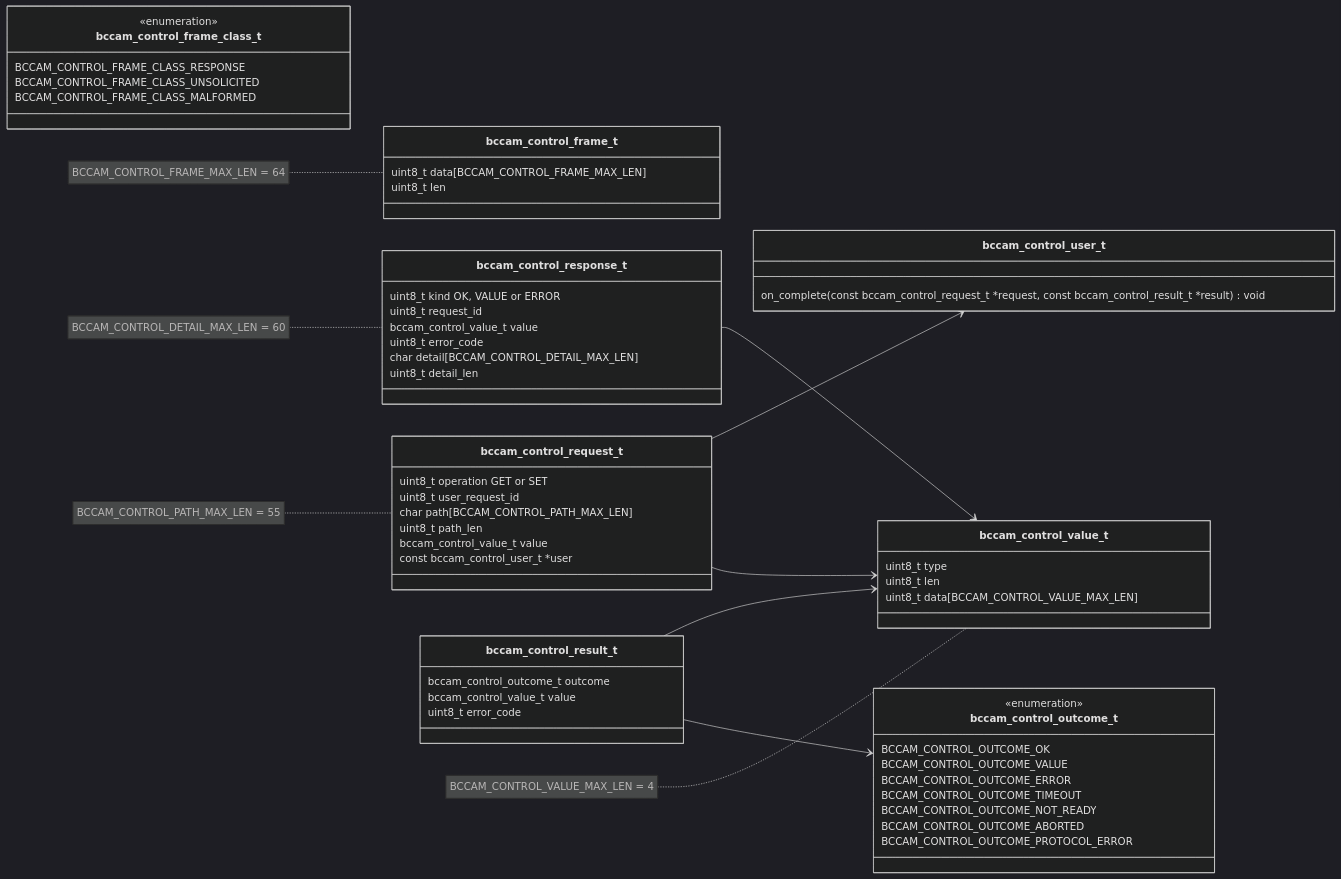
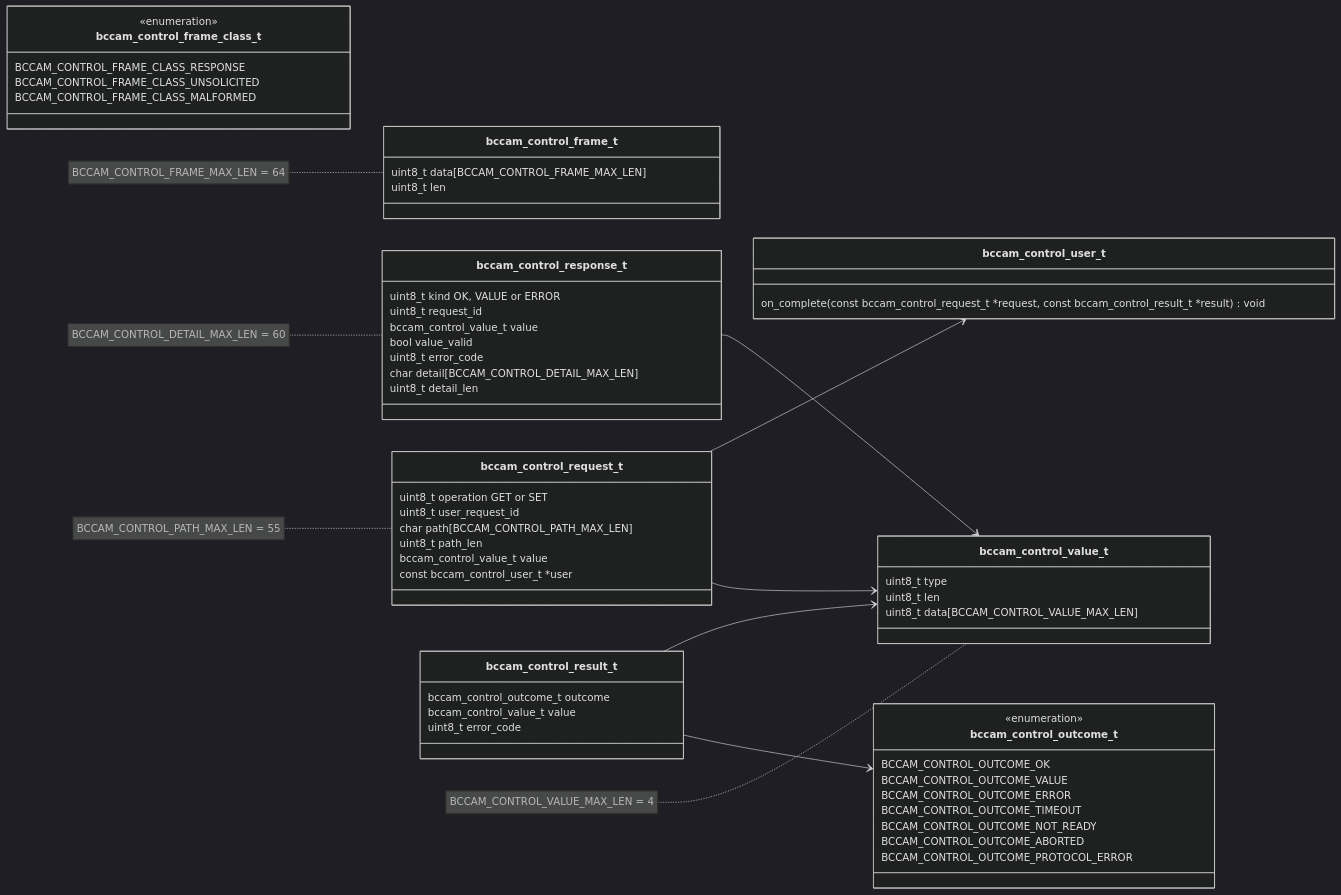
The second of 10 diagrams in docs/functional-areas/camera-deck-control.md (bitcraze/crazyflie-firmware), drawn with Mermaid (dark theme) before and after one commit. The commit also changed other lines of this file, not shown here.

Commit message:
doc: Check value

````diff
--- a/docs/functional-areas/camera-deck-control.md
+++ b/docs/functional-areas/camera-deck-control.md
@@ -226,71 +228,72 @@
 ```mermaid
 classDiagram
     direction LR
 
     class bccam_control_frame_t {
         uint8_t data[BCCAM_CONTROL_FRAME_MAX_LEN]
         uint8_t len
     }
     note for bccam_control_frame_t "BCCAM_CONTROL_FRAME_MAX_LEN = 64"
 
     class bccam_control_request_t {
         uint8_t operation GET or SET
         uint8_t user_request_id
         char path[BCCAM_CONTROL_PATH_MAX_LEN]
         uint8_t path_len
         bccam_control_value_t value
         const bccam_control_user_t *user
     }
     note for bccam_control_request_t "BCCAM_CONTROL_PATH_MAX_LEN = 55"
 
     class bccam_control_response_t {
         uint8_t kind OK, VALUE or ERROR
         uint8_t request_id
         bccam_control_value_t value
+        bool value_valid
         uint8_t error_code
         char detail[BCCAM_CONTROL_DETAIL_MAX_LEN]
         uint8_t detail_len
     }
     note for bccam_control_response_t "BCCAM_CONTROL_DETAIL_MAX_LEN = 60"
 
     class bccam_control_user_t {
         on_complete(const bccam_control_request_t *request, const bccam_control_result_t *result) void
     }
 
     class bccam_control_result_t {
         bccam_control_outcome_t outcome
         bccam_control_value_t value
         uint8_t error_code
     }
 
     class bccam_control_outcome_t {
         <<enumeration>>
         BCCAM_CONTROL_OUTCOME_OK
         BCCAM_CONTROL_OUTCOME_VALUE
         BCCAM_CONTROL_OUTCOME_ERROR
         BCCAM_CONTROL_OUTCOME_TIMEOUT
         BCCAM_CONTROL_OUTCOME_NOT_READY
         BCCAM_CONTROL_OUTCOME_ABORTED
         BCCAM_CONTROL_OUTCOME_PROTOCOL_ERROR
     }
 
     class bccam_control_value_t {
         uint8_t type
         uint8_t len
         uint8_t data[BCCAM_CONTROL_VALUE_MAX_LEN]
     }
     note for bccam_control_value_t "BCCAM_CONTROL_VALUE_MAX_LEN = 4"
 
     class bccam_control_frame_class_t {
         <<enumeration>>
         BCCAM_CONTROL_FRAME_CLASS_RESPONSE
         BCCAM_CONTROL_FRAME_CLASS_UNSOLICITED
         BCCAM_CONTROL_FRAME_CLASS_MALFORMED
     }
 
     bccam_control_result_t --> bccam_control_outcome_t
     bccam_control_request_t --> bccam_control_value_t
     bccam_control_request_t --> bccam_control_user_t
     bccam_control_result_t --> bccam_control_value_t
     bccam_control_response_t --> bccam_control_value_t
 ```
````
